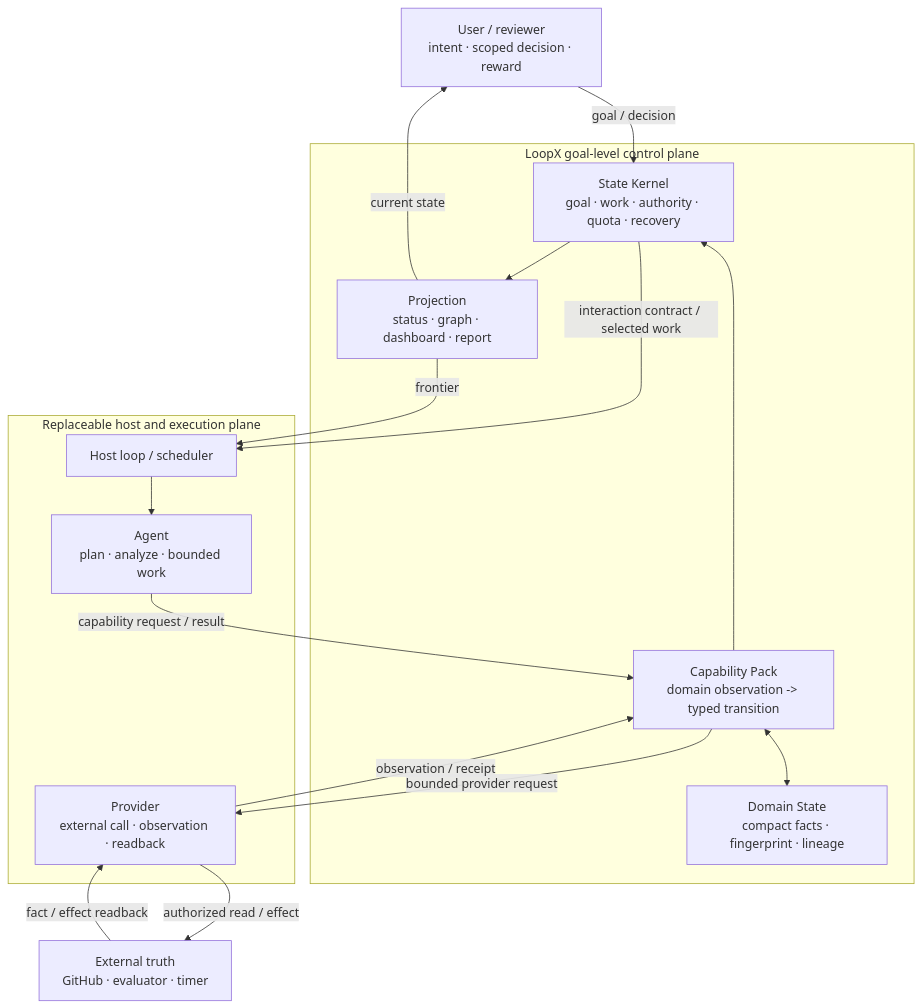
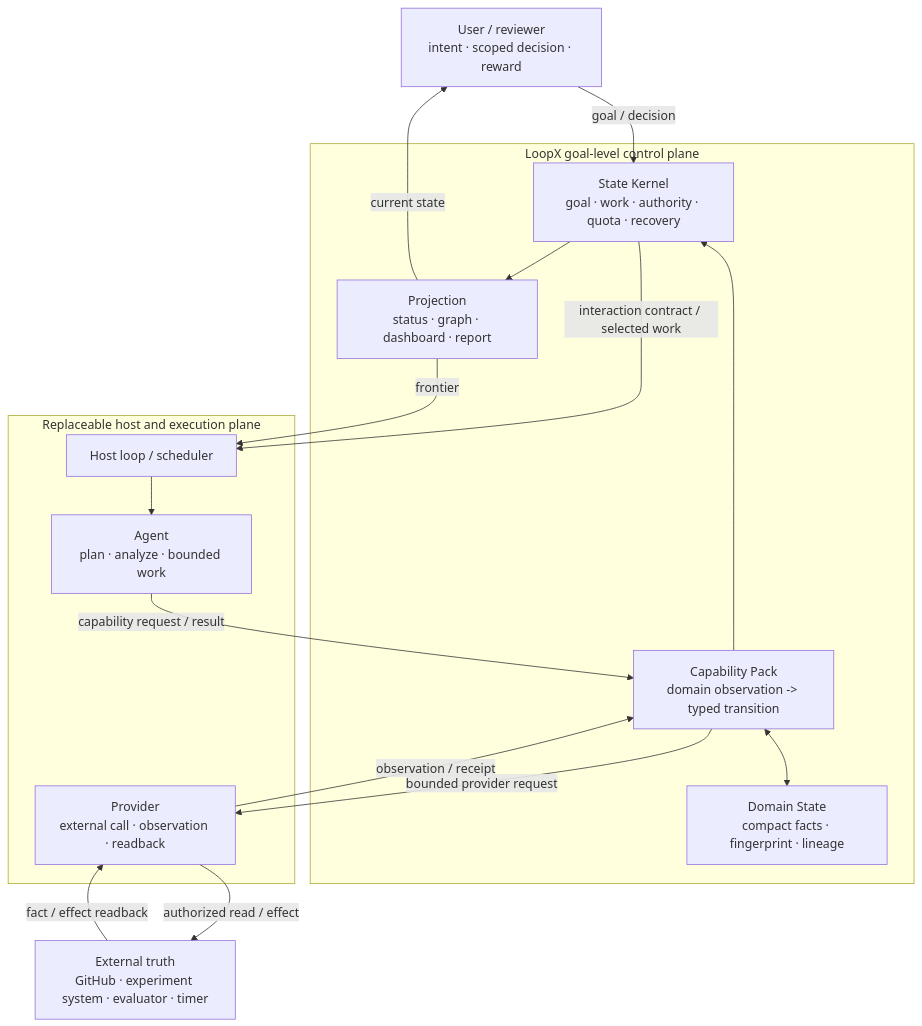
The fifth of 7 diagrams in docs/development/control-plane-course/00-goal-control-plane-architecture.md (liubf21/loopx), drawn with Mermaid before and after one commit. The commit also changed other lines of this file and 11 other files, not shown here.

````diff
--- a/docs/development/control-plane-course/00-goal-control-plane-architecture.md
+++ b/docs/development/control-plane-course/00-goal-control-plane-architecture.md
@@ -299,32 +408,32 @@
 ```mermaid
 flowchart TB
   U["User / reviewer<br/>intent · scoped decision · reward"]
-  X["External truth<br/>GitHub · evaluator · timer"]
+  X["External truth<br/>GitHub · experiment system · evaluator · timer"]
 
   subgraph LX["LoopX goal-level control plane"]
     K["State Kernel<br/>goal · work · authority · quota · recovery"]
     C["Capability Pack<br/>domain observation -> typed transition"]
     D["Domain State<br/>compact facts · fingerprint · lineage"]
     V["Projection<br/>status · graph · dashboard · report"]
     C <--> D
     C --> K
     K --> V
   end
 
   subgraph EX["Replaceable host and execution plane"]
     H["Host loop / scheduler"]
     A["Agent<br/>plan · analyze · bounded work"]
     P["Provider<br/>external call · observation · readback"]
     H --> A
   end
 
   U -->|"goal / decision"| K
   K -->|"interaction contract / selected work"| H
   A -->|"capability request / result"| C
   C -->|"bounded provider request"| P
   P -->|"authorized read / effect"| X
   X -->|"fact / effect readback"| P
   P -->|"observation / receipt"| C
   V -->|"current state"| U
   V -->|"frontier"| H
 ```
````
